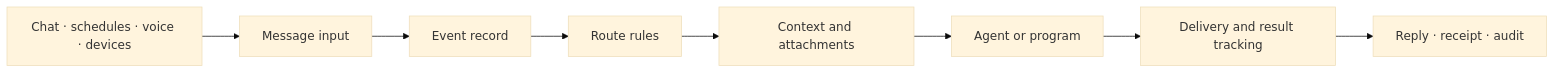
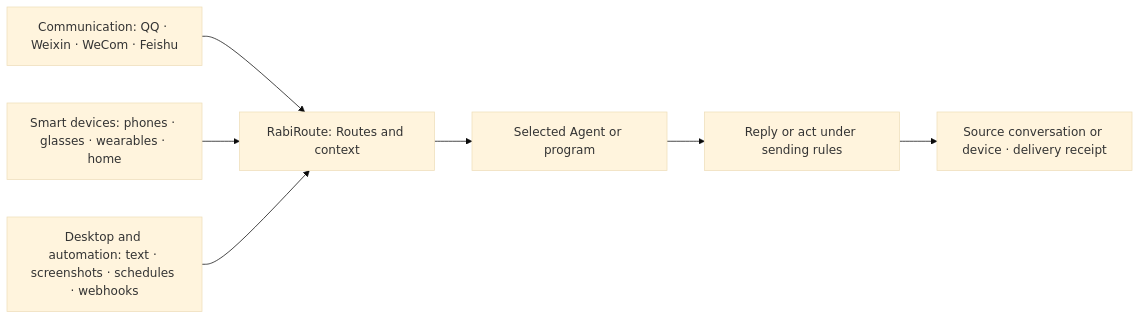
Before and after one commit to vb2250158/RabiRoute: the diagram in README.md, drawn with Mermaid (base theme). The commit also changed other lines of this file and 1561 other files, not shown here.

````diff
--- a/README.md
+++ b/README.md
@@ -143,10 +171,9 @@
 ```mermaid
 flowchart LR
-    A[Chat · schedules · voice · devices] --> B[Message input]
-    B --> C[Event record]
-    C --> D[Route rules]
-    D --> E[Context and attachments]
-    E --> F[Agent or program]
-    F --> G[Delivery and result tracking]
-    G --> H[Reply · receipt · audit]
+    A[Communication: QQ · Weixin · WeCom · Feishu] --> R[RabiRoute: Routes and context]
+    B[Smart devices: phones · glasses · wearables · home] --> R
+    C[Desktop and automation: text · screenshots · schedules · webhooks] --> R
+    R --> D[Selected Agent or program]
+    D --> E[Reply or act under sending rules]
+    E --> F[Source conversation or device · delivery receipt]
 ```
````
